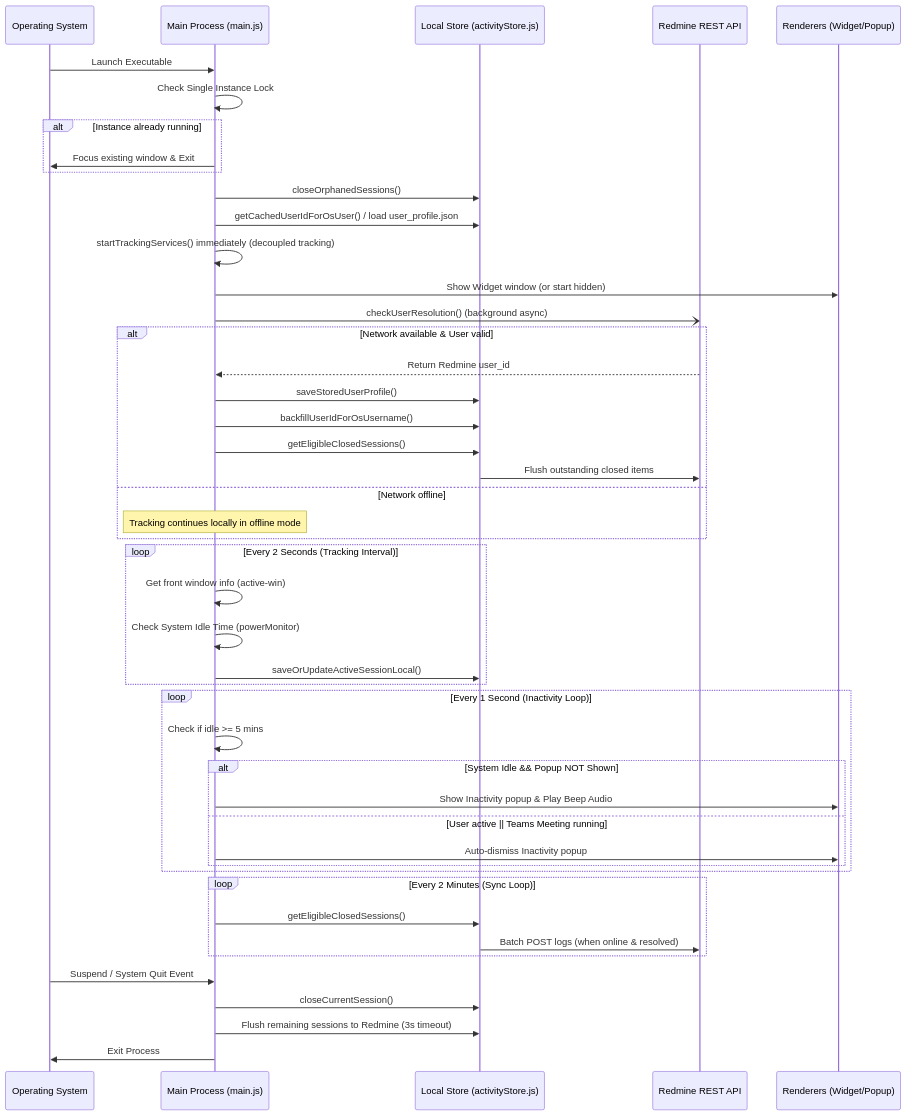
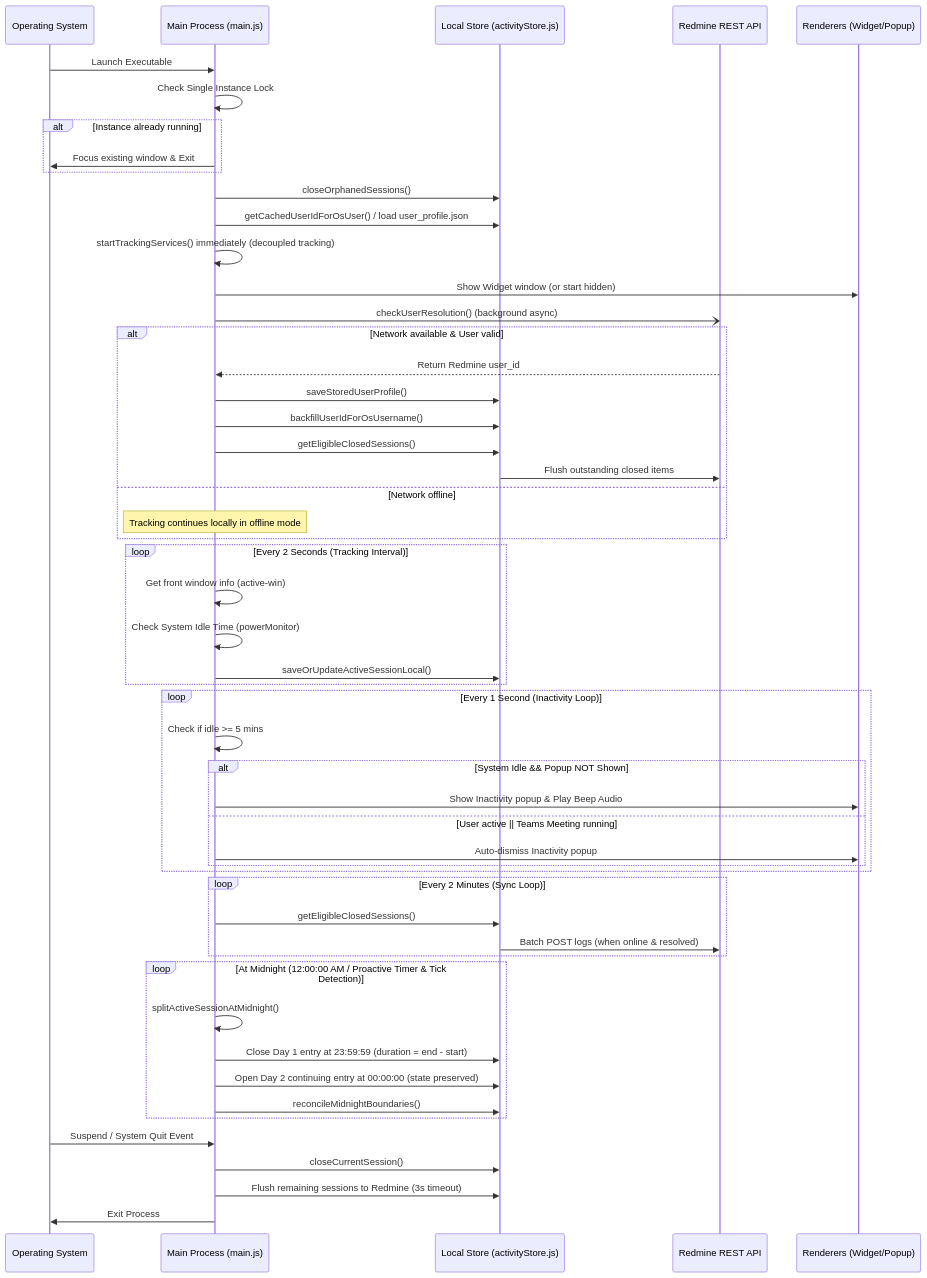
Before and after one commit to karthikeyaabm/worklens: the second of 2 diagrams in BRAIN.md, drawn with Mermaid. The commit also changed other lines of this file and 6 other files, not shown here.

````diff
--- a/BRAIN.md
+++ b/BRAIN.md
@@ -179,53 +180,60 @@
 ```mermaid
 sequenceDiagram
     participant OS as Operating System
     participant Main as Main Process (main.js)
     participant Store as Local Store (activityStore.js)
     participant API as Redmine REST API
     participant UI as Renderers (Widget/Popup)
 
     OS->>Main: Launch Executable
     Main->>Main: Check Single Instance Lock
     alt Instance already running
         Main->>OS: Focus existing window & Exit
     end
     Main->>Store: closeOrphanedSessions()
     Main->>Store: getCachedUserIdForOsUser() / load user_profile.json
     Main->>Main: startTrackingServices() immediately (decoupled tracking)
     Main->>UI: Show Widget window (or start hidden)
     Main-)API: checkUserResolution() (background async)
     alt Network available & User valid
         API-->>Main: Return Redmine user_id
         Main->>Store: saveStoredUserProfile()
         Main->>Store: backfillUserIdForOsUsername()
         Main->>Store: getEligibleClosedSessions()
         Store->>API: Flush outstanding closed items
     else Network offline
         Note over Main: Tracking continues locally in offline mode
     end
     
     loop Every 2 Seconds (Tracking Interval)
         Main->>Main: Get front window info (active-win)
         Main->>Main: Check System Idle Time (powerMonitor)
         Main->>Store: saveOrUpdateActiveSessionLocal()
     end
 
     loop Every 1 Second (Inactivity Loop)
         Main->>Main: Check if idle >= 5 mins
         alt System Idle && Popup NOT Shown
             Main->>UI: Show Inactivity popup & Play Beep Audio
         else User active || Teams Meeting running
             Main->>UI: Auto-dismiss Inactivity popup
         end
     end
 
     loop Every 2 Minutes (Sync Loop)
         Main->>Store: getEligibleClosedSessions()
         Store->>API: Batch POST logs (when online & resolved)
     end
 
+    loop At Midnight (12:00:00 AM / Proactive Timer & Tick Detection)
+        Main->>Main: splitActiveSessionAtMidnight()
+        Main->>Store: Close Day 1 entry at 23:59:59 (duration = end - start)
+        Main->>Store: Open Day 2 continuing entry at 00:00:00 (state preserved)
+        Main->>Store: reconcileMidnightBoundaries()
+    end
+
     OS->>Main: Suspend / System Quit Event
     Main->>Store: closeCurrentSession()
     Main->>Store: Flush remaining sessions to Redmine (3s timeout)
     Main->>OS: Exit Process
 ```
````
